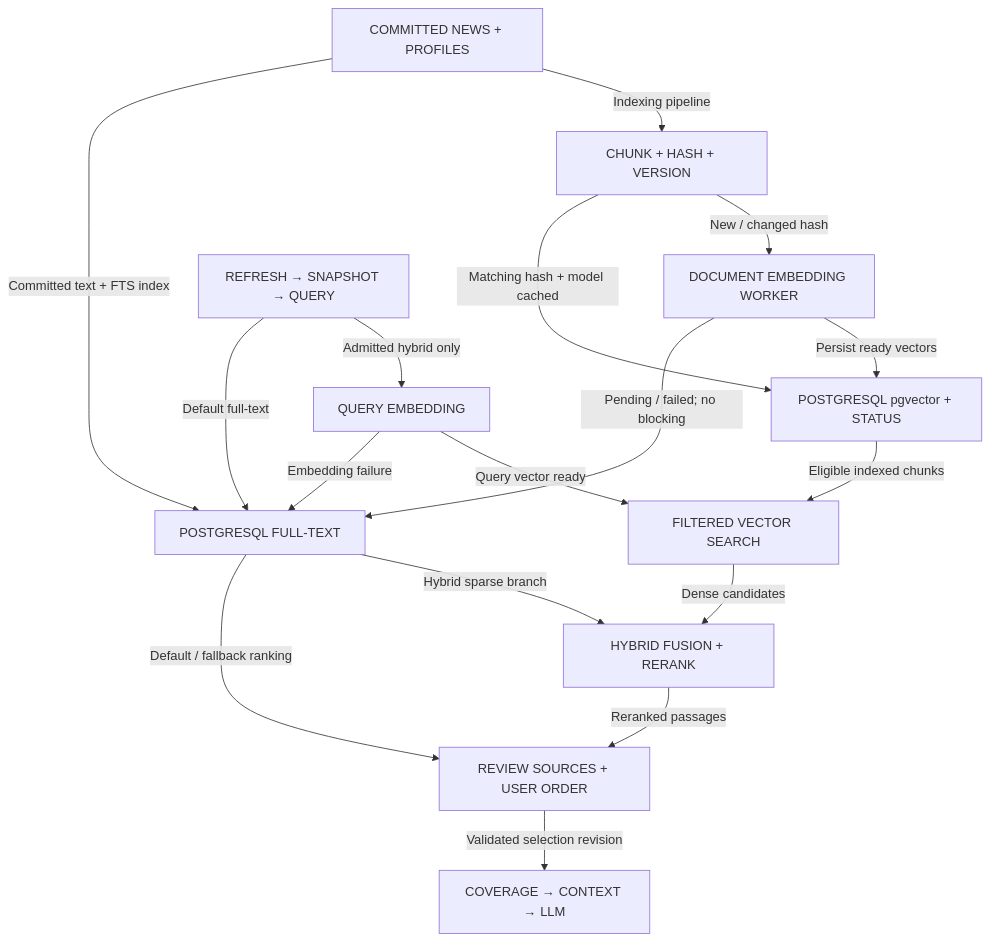
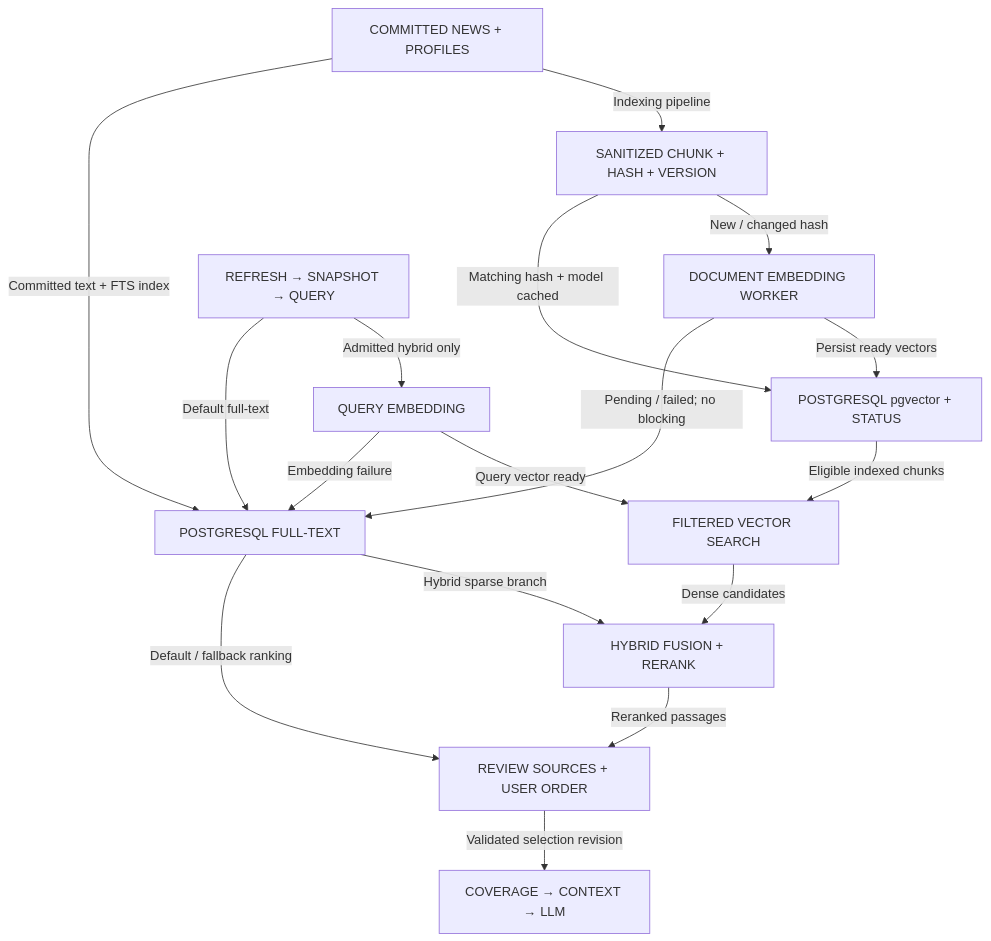
Diagram 14 of 18 in docs/FINANCE_WORKFLOW_ATLAS.md (ByronHo68/ai-learning-academy), drawn with Mermaid before and after one commit. The commit also changed other lines of this file and 64 other files, not shown here.

````diff
--- a/docs/FINANCE_WORKFLOW_ATLAS.md
+++ b/docs/FINANCE_WORKFLOW_ATLAS.md
@@ -926,30 +1019,30 @@
 ```mermaid
 flowchart TD
   n0["COMMITTED NEWS + PROFILES"]
-  n1["CHUNK + HASH + VERSION"]
+  n1["SANITIZED CHUNK + HASH + VERSION"]
   n2["DOCUMENT EMBEDDING WORKER"]
   n3["POSTGRESQL pgvector + STATUS"]
   n4["REFRESH → SNAPSHOT → QUERY"]
   n5["QUERY EMBEDDING"]
   n6["FILTERED VECTOR SEARCH"]
   n7["POSTGRESQL FULL-TEXT"]
   n8["HYBRID FUSION + RERANK"]
   n9["REVIEW SOURCES + USER ORDER"]
   n10["COVERAGE → CONTEXT → LLM"]
   n0 -- "Indexing pipeline" --> n1
   n0 -- "Committed text + FTS index" --> n7
   n1 -- "New / changed hash" --> n2
   n1 -- "Matching hash + model cached" --> n3
   n2 -- "Persist ready vectors" --> n3
   n2 -- "Pending / failed; no blocking" --> n7
   n4 -- "Admitted hybrid only" --> n5
   n4 -- "Default full-text" --> n7
   n5 -- "Query vector ready" --> n6
   n5 -- "Embedding failure" --> n7
   n3 -- "Eligible indexed chunks" --> n6
   n6 -- "Dense candidates" --> n8
   n7 -- "Hybrid sparse branch" --> n8
   n7 -- "Default / fallback ranking" --> n9
   n8 -- "Reranked passages" --> n9
   n9 -- "Validated selection revision" --> n10
 ```
````
